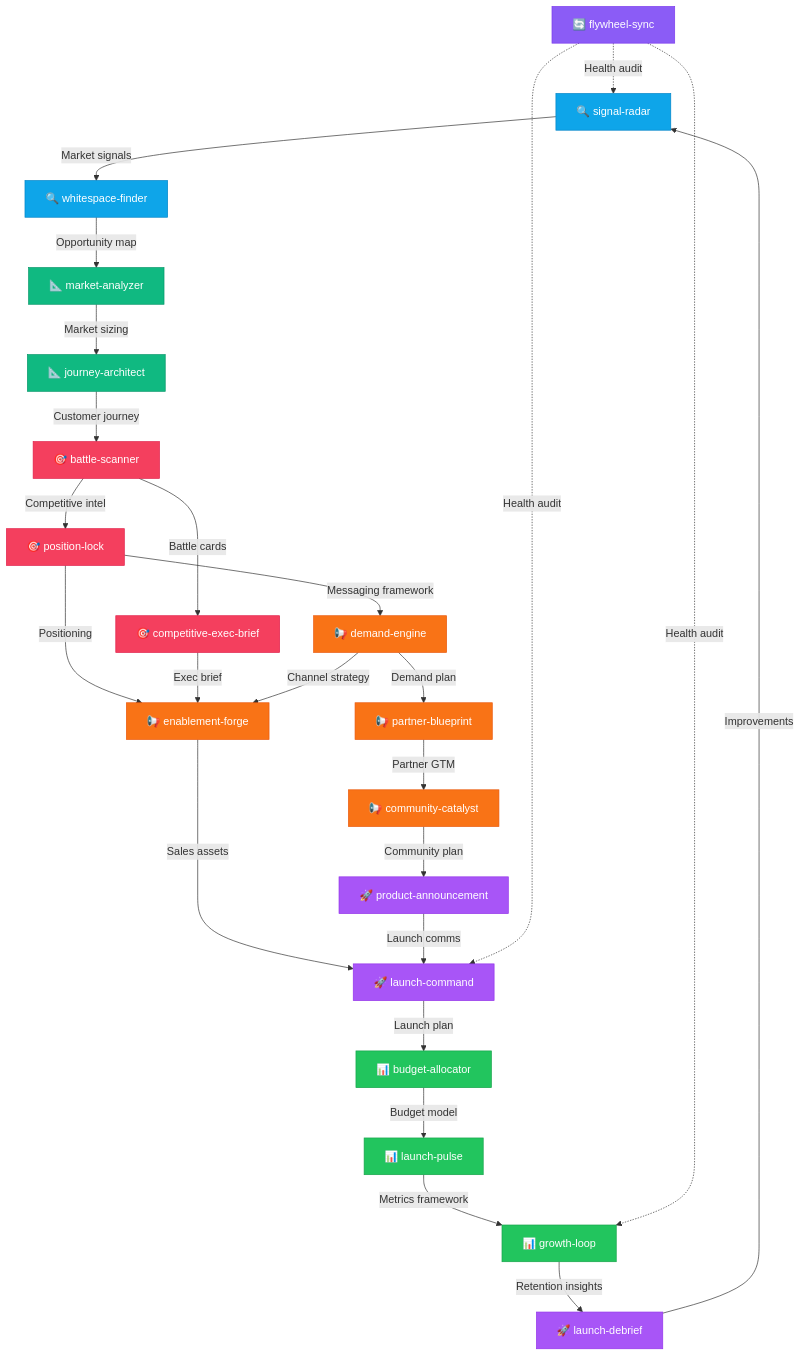
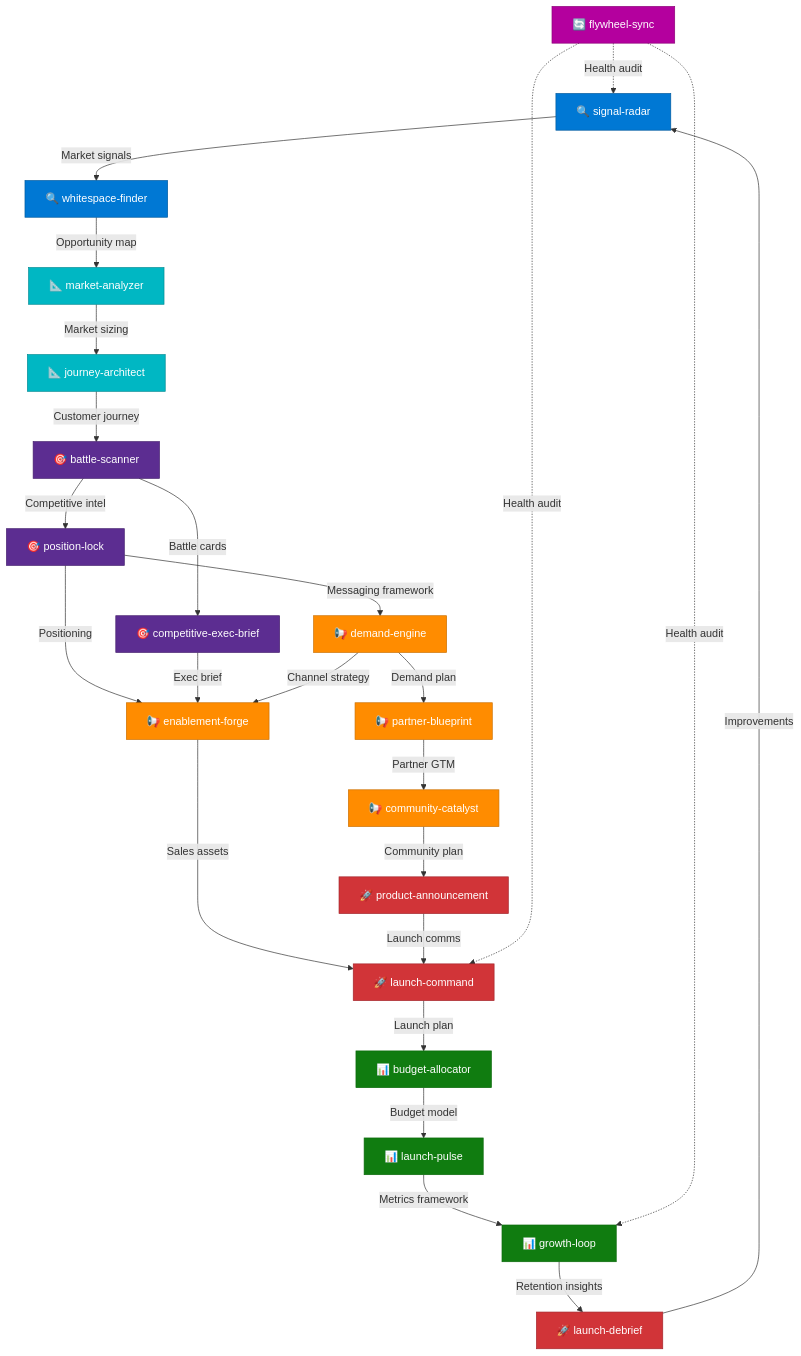
Before and after one commit to varunk130/ai-gtm-skill-library: the second of 2 diagrams in README.md, drawn with Mermaid. The commit also changed other lines of this file, not shown here.

Commit message:
Remove em dashes, apply Microsoft Fluent colors
- Replace all em/en dashes with commas or rewording
- Update GTM Lifecycle workflow to Fluent UI palette
- Update Dependency Map to matching Fluent colors
- Fix L0-L5 en dash to hyphen

````diff
--- a/README.md
+++ b/README.md
@@ -132,46 +132,46 @@
 ```mermaid
 flowchart TD
     SR[🔍 signal-radar] -->|Market signals| WF[🔍 whitespace-finder]
     WF -->|Opportunity map| MA[📐 market-analyzer]
     MA -->|Market sizing| JA[📐 journey-architect]
     JA -->|Customer journey| BS[🎯 battle-scanner]
     BS -->|Battle cards| CEB[🎯 competitive-exec-brief]
     BS -->|Competitive intel| PL[🎯 position-lock]
     PL -->|Messaging framework| DE[📢 demand-engine]
     PL -->|Positioning| EF[📢 enablement-forge]
     CEB -->|Exec brief| EF
     DE -->|Channel strategy| EF
     DE -->|Demand plan| PB[📢 partner-blueprint]
     PB -->|Partner GTM| CC[📢 community-catalyst]
     EF -->|Sales assets| LC[🚀 launch-command]
     CC -->|Community plan| PA[🚀 product-announcement]
     PA -->|Launch comms| LC
     LC -->|Launch plan| BA[📊 budget-allocator]
     BA -->|Budget model| LP[📊 launch-pulse]
     LP -->|Metrics framework| GL[📊 growth-loop]
     GL -->|Retention insights| LD[🚀 launch-debrief]
     LD -->|Improvements| SR
 
     FS[🔄 flywheel-sync] -.->|Health audit| SR
     FS -.->|Health audit| LC
     FS -.->|Health audit| GL
 
-    style SR fill:#0ea5e9,stroke:#0284c7,color:#fff
-    style WF fill:#0ea5e9,stroke:#0284c7,color:#fff
-    style MA fill:#10b981,stroke:#059669,color:#fff
-    style JA fill:#10b981,stroke:#059669,color:#fff
-    style BS fill:#f43f5e,stroke:#e11d48,color:#fff
-    style CEB fill:#f43f5e,stroke:#e11d48,color:#fff
-    style PL fill:#f43f5e,stroke:#e11d48,color:#fff
-    style DE fill:#f97316,stroke:#ea580c,color:#fff
-    style EF fill:#f97316,stroke:#ea580c,color:#fff
-    style PB fill:#f97316,stroke:#ea580c,color:#fff
-    style CC fill:#f97316,stroke:#ea580c,color:#fff
-    style PA fill:#a855f7,stroke:#9333ea,color:#fff
-    style LC fill:#a855f7,stroke:#9333ea,color:#fff
-    style LD fill:#a855f7,stroke:#9333ea,color:#fff
-    style BA fill:#22c55e,stroke:#16a34a,color:#fff
-    style LP fill:#22c55e,stroke:#16a34a,color:#fff
-    style GL fill:#22c55e,stroke:#16a34a,color:#fff
-    style FS fill:#8b5cf6,stroke:#7c3aed,color:#fff
+    style SR fill:#0078D4,stroke:#005A9E,color:#fff
+    style WF fill:#0078D4,stroke:#005A9E,color:#fff
+    style MA fill:#00B7C3,stroke:#008B94,color:#fff
+    style JA fill:#00B7C3,stroke:#008B94,color:#fff
+    style BS fill:#5C2D91,stroke:#451F6E,color:#fff
+    style CEB fill:#5C2D91,stroke:#451F6E,color:#fff
+    style PL fill:#5C2D91,stroke:#451F6E,color:#fff
+    style DE fill:#FF8C00,stroke:#CC7000,color:#fff
+    style EF fill:#FF8C00,stroke:#CC7000,color:#fff
+    style PB fill:#FF8C00,stroke:#CC7000,color:#fff
+    style CC fill:#FF8C00,stroke:#CC7000,color:#fff
+    style PA fill:#D13438,stroke:#A4262C,color:#fff
+    style LC fill:#D13438,stroke:#A4262C,color:#fff
+    style LD fill:#D13438,stroke:#A4262C,color:#fff
+    style BA fill:#107C10,stroke:#0B6A0B,color:#fff
+    style LP fill:#107C10,stroke:#0B6A0B,color:#fff
+    style GL fill:#107C10,stroke:#0B6A0B,color:#fff
+    style FS fill:#B4009E,stroke:#8C0078,color:#fff
 ```
````
